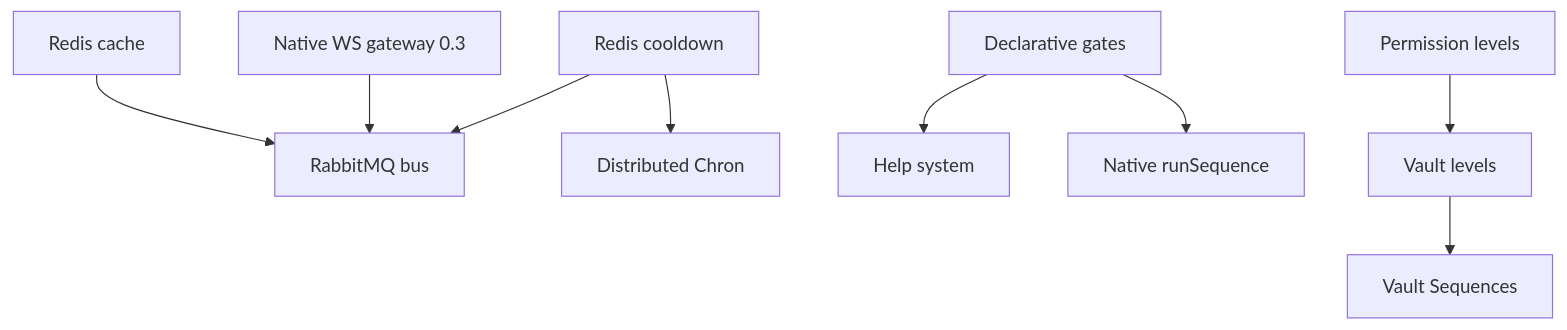
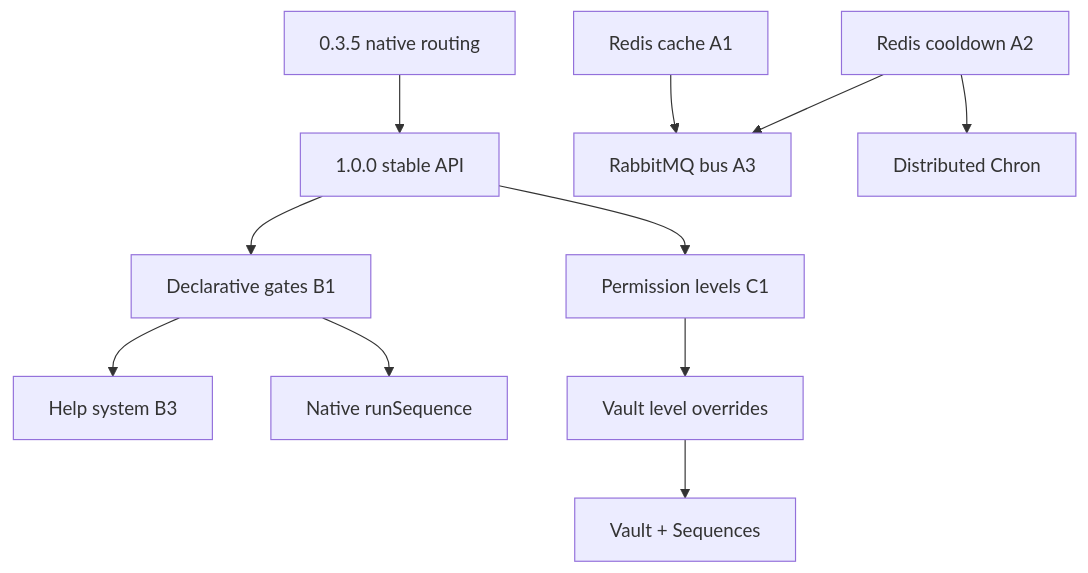
Before and after one commit to Mivaya/Stambha: the diagram in docs/internal/future-v2.md, drawn with Mermaid. The commit also changed other lines of this file and 58 other files, not shown here.

````diff
--- a/docs/internal/future-v2.md
+++ b/docs/internal/future-v2.md
@@ -248,11 +32,13 @@
 ```mermaid
 flowchart TD
-  A1[Redis cache] --> A3[RabbitMQ bus]
-  A2[Redis cooldown] --> A3
-  B1[Declarative gates] --> B3[Help system]
-  C1[Permission levels] --> C2[Vault levels]
-  A5[Native WS gateway 0.3] --> A3
+  I[0.3.5 native routing] --> V1[1.0.0 stable API]
+  V1 --> B1[Declarative gates B1]
+  V1 --> C1[Permission levels C1]
+  A1[Redis cache A1] --> A3[RabbitMQ bus A3]
+  A2[Redis cooldown A2] --> A3
+  B1 --> B3[Help system B3]
+  C1 --> C2[Vault level overrides]
+  A2 --> D2[Distributed Chron]
   B1 --> D1[Native runSequence]
-  A2 --> D2[Distributed Chron]
-  C2 --> D3[Vault Sequences]
+  C2 --> D3[Vault + Sequences]
 ```
````
